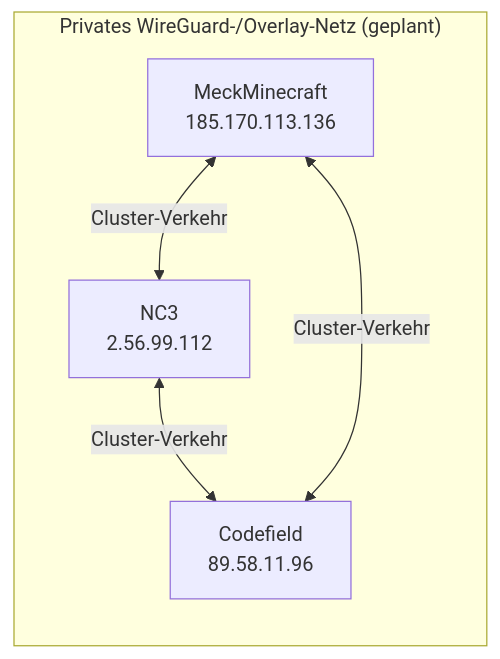
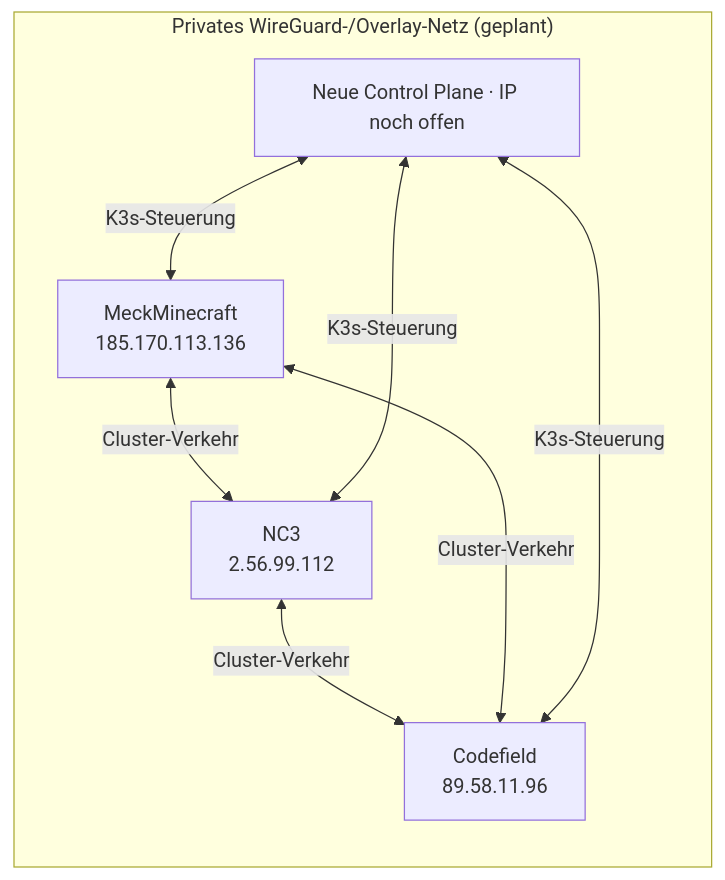
The fourth of 4 diagrams in architecture.md (cndrbrbr/cubbermine), drawn with Mermaid before and after one commit. The commit also changed other lines of this file, not shown here.

Commit message:
docs: plan dedicated K3s control plane and optional HA expansion

````diff
--- a/architecture.md
+++ b/architecture.md
@@ -61,8 +118,12 @@
 ```mermaid
 flowchart LR
   subgraph overlay["Privates WireGuard-/Overlay-Netz (geplant)"]
+    cp4["Neue Control Plane · IP noch offen"]
     a["MeckMinecraft<br/>185.170.113.136"] <-->|"Cluster-Verkehr"| b["NC3<br/>2.56.99.112"]
     b <-->|"Cluster-Verkehr"| c["Codefield<br/>89.58.11.96"]
     a <-->|"Cluster-Verkehr"| c
+    cp4 <-->|"K3s-Steuerung"| a
+    cp4 <-->|"K3s-Steuerung"| b
+    cp4 <-->|"K3s-Steuerung"| c
   end
 ```
````
